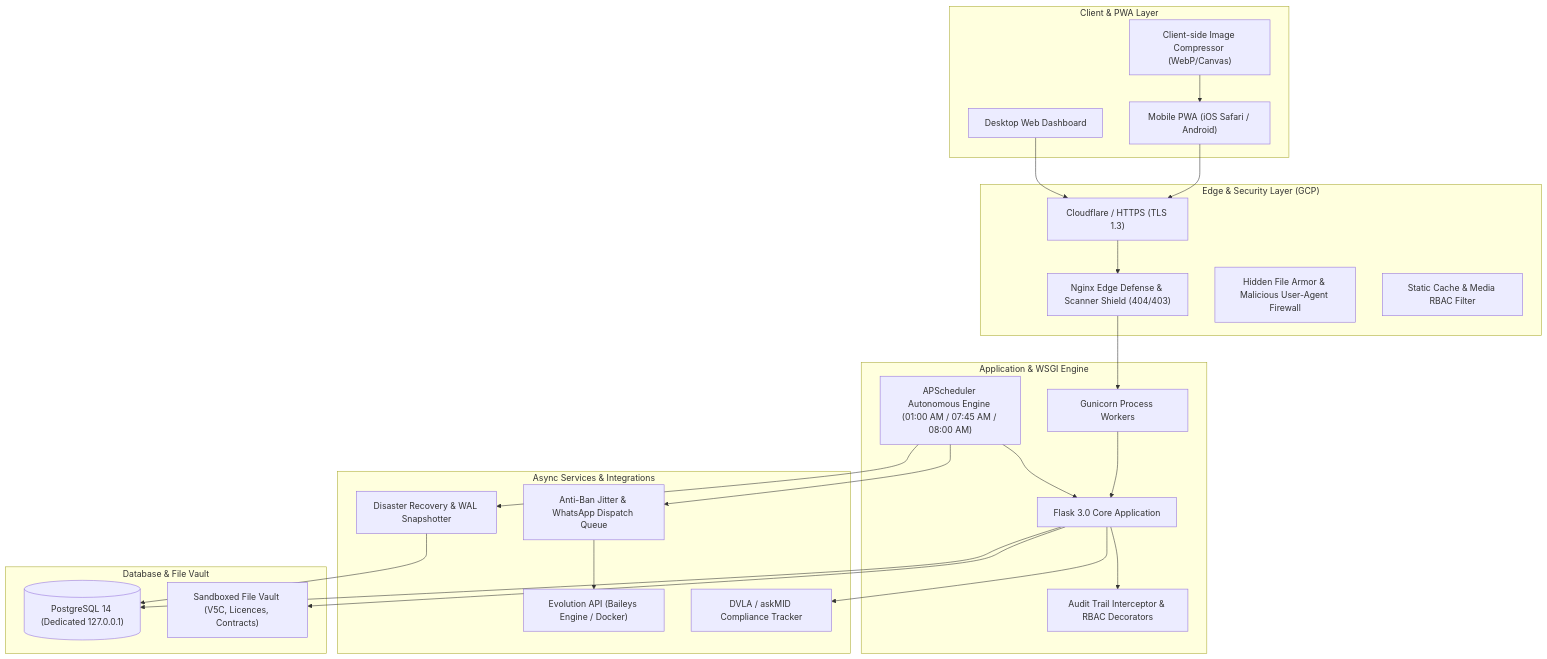
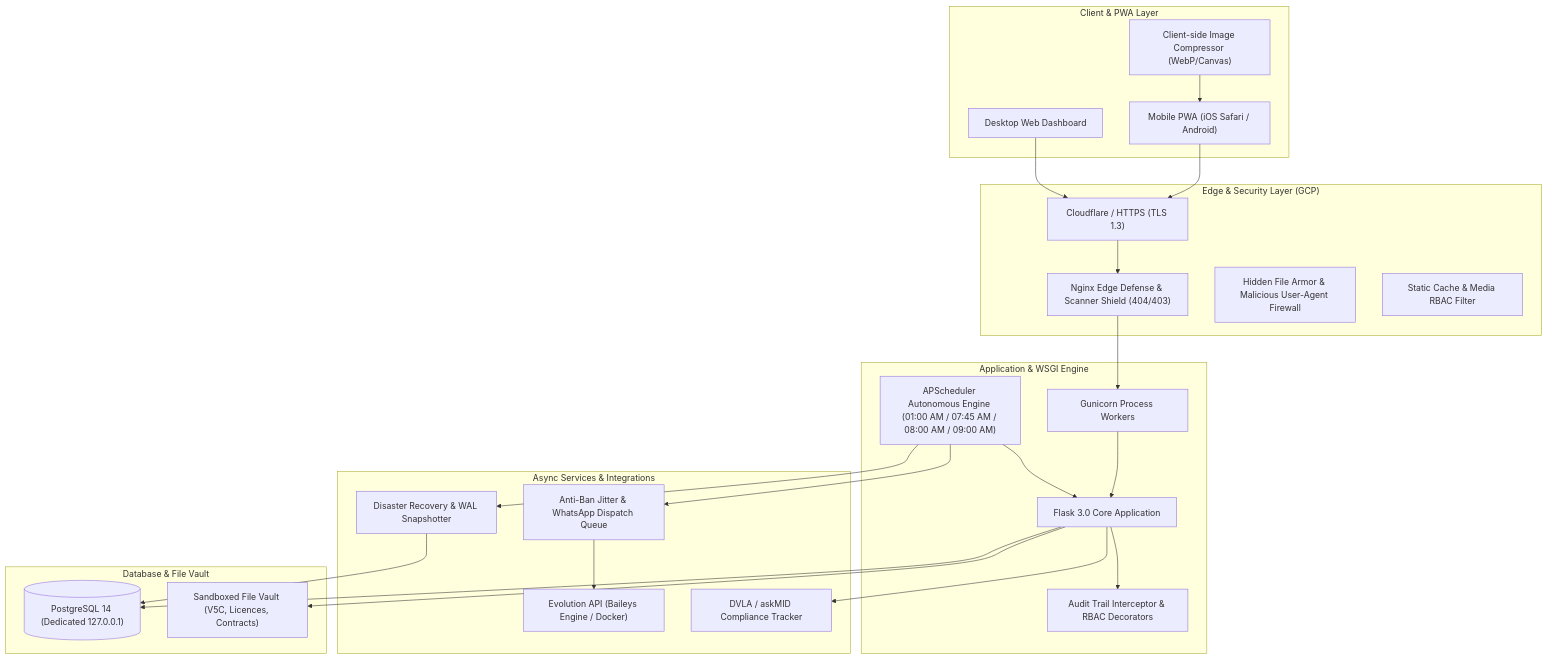
The diagram in README.md (tmuniz570/enterprise-fleet-management-showcase), drawn with Mermaid before and after one commit. The commit also changed other lines of this file, not shown here.

Commit message:
docs(showcase): update architecture with deposit hold quarantine whatsapp alert (v1.9.90)

````diff
--- a/README.md
+++ b/README.md
@@ -41,49 +41,49 @@
 ```mermaid
 flowchart TD
     subgraph ClientLayer ["Client & PWA Layer"]
         A1["Mobile PWA (iOS Safari / Android)"]
         A2["Desktop Web Dashboard"]
         A3["Client-side Image Compressor (WebP/Canvas)"]
     end
 
     subgraph EdgeLayer ["Edge & Security Layer (GCP)"]
         B1["Cloudflare / HTTPS (TLS 1.3)"]
         B2["Nginx Edge Defense & Scanner Shield (404/403)"]
         B3["Hidden File Armor & Malicious User-Agent Firewall"]
         B4["Static Cache & Media RBAC Filter"]
     end
 
     subgraph AppLayer ["Application & WSGI Engine"]
         C1["Gunicorn Process Workers"]
         C2["Flask 3.0 Core Application"]
-        C3["APScheduler Autonomous Engine (01:00 AM / 07:45 AM / 08:00 AM)"]
+        C3["APScheduler Autonomous Engine (01:00 AM / 07:45 AM / 08:00 AM / 09:00 AM)"]
         C4["Audit Trail Interceptor & RBAC Decorators"]
     end
 
     subgraph ServiceLayer ["Async Services & Integrations"]
         D1["Evolution API (Baileys Engine / Docker)"]
         D2["Anti-Ban Jitter & WhatsApp Dispatch Queue"]
         D3["DVLA / askMID Compliance Tracker"]
         D4["Disaster Recovery & WAL Snapshotter"]
     end
 
     subgraph StorageLayer ["Database & File Vault"]
         E1[("PostgreSQL 14 (Dedicated 127.0.0.1)")]
         E2["Sandboxed File Vault (V5C, Licences, Contracts)"]
     end
 
     A1 & A2 --> B1
     A3 --> A1
     B1 --> B2
     B2 --> C1
     C1 --> C2
     C2 --> C4
     C2 --> E1
     C2 --> E2
     C3 --> C2
     C3 --> D2
     D2 --> D1
     C2 --> D3
     C3 --> D4
     D4 --> E1
 ```
````
